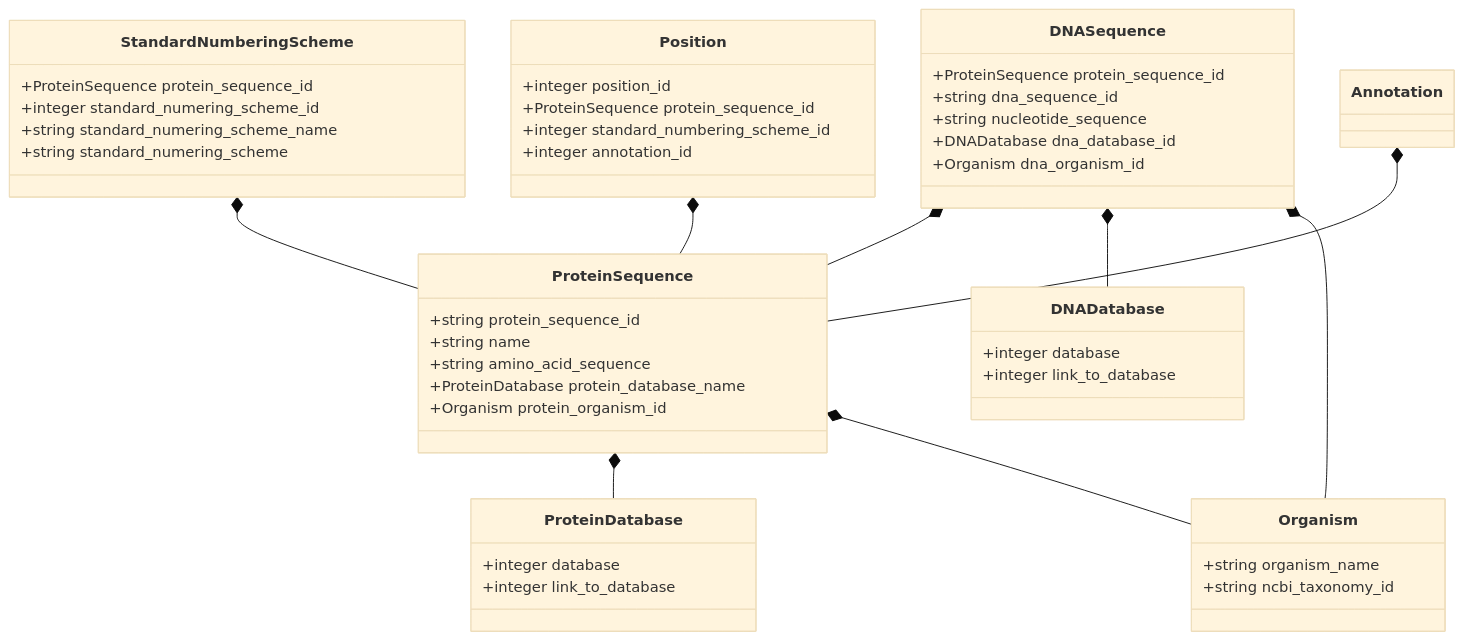
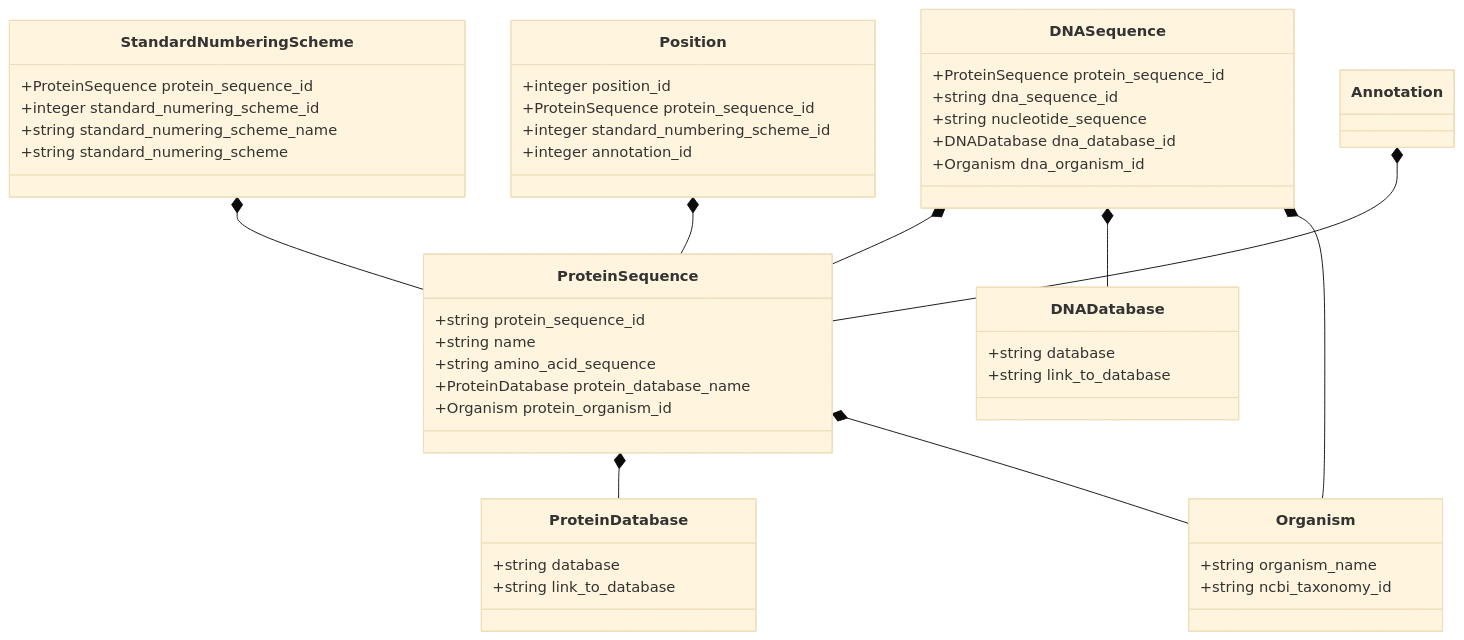
Before and after one commit to maxim945/PyEED-Fullprototype: the diagram in Database/schemes/- hey.md, drawn with Mermaid (base theme). The commit also changed 7 other files, not shown here.

````diff
--- a/Database/schemes/- hey.md
+++ b/Database/schemes/- hey.md
@@ -1,57 +1,57 @@
 ```mermaid
 classDiagram
     ProteinSequence *-- ProteinDatabase
     ProteinSequence *-- Organism
     DNASequence *-- ProteinSequence
     DNASequence *-- DNADatabase
     DNASequence *-- Organism
     StandardNumberingScheme *-- ProteinSequence
     Position *-- ProteinSequence
     Annotation *-- ProteinSequence
     
     class ProteinSequence {
         +string protein_sequence_id
         +string name
         +string amino_acid_sequence
         +ProteinDatabase protein_database_name
         +Organism protein_organism_id
     }
     
     class DNASequence {
         +ProteinSequence protein_sequence_id
         +string dna_sequence_id
         +string nucleotide_sequence
         +DNADatabase dna_database_id
         +Organism dna_organism_id
     }
     
     class Organism {
         +string organism_name
         +string ncbi_taxonomy_id
     }
     
     class ProteinDatabase {
-        +integer database
-        +integer link_to_database
+        +string database
+        +string link_to_database
     }
     
     class DNADatabase {
-        +integer database
-        +integer link_to_database
+        +string database
+        +string link_to_database
     }
     
     class StandardNumberingScheme {
         +ProteinSequence protein_sequence_id
         +integer standard_numering_scheme_id
         +string standard_numering_scheme_name
         +string standard_numering_scheme
     }
     
     class Position {
         +integer position_id
         +ProteinSequence protein_sequence_id
         +integer standard_numbering_scheme_id
         +integer annotation_id
     }
     
 ```
````
